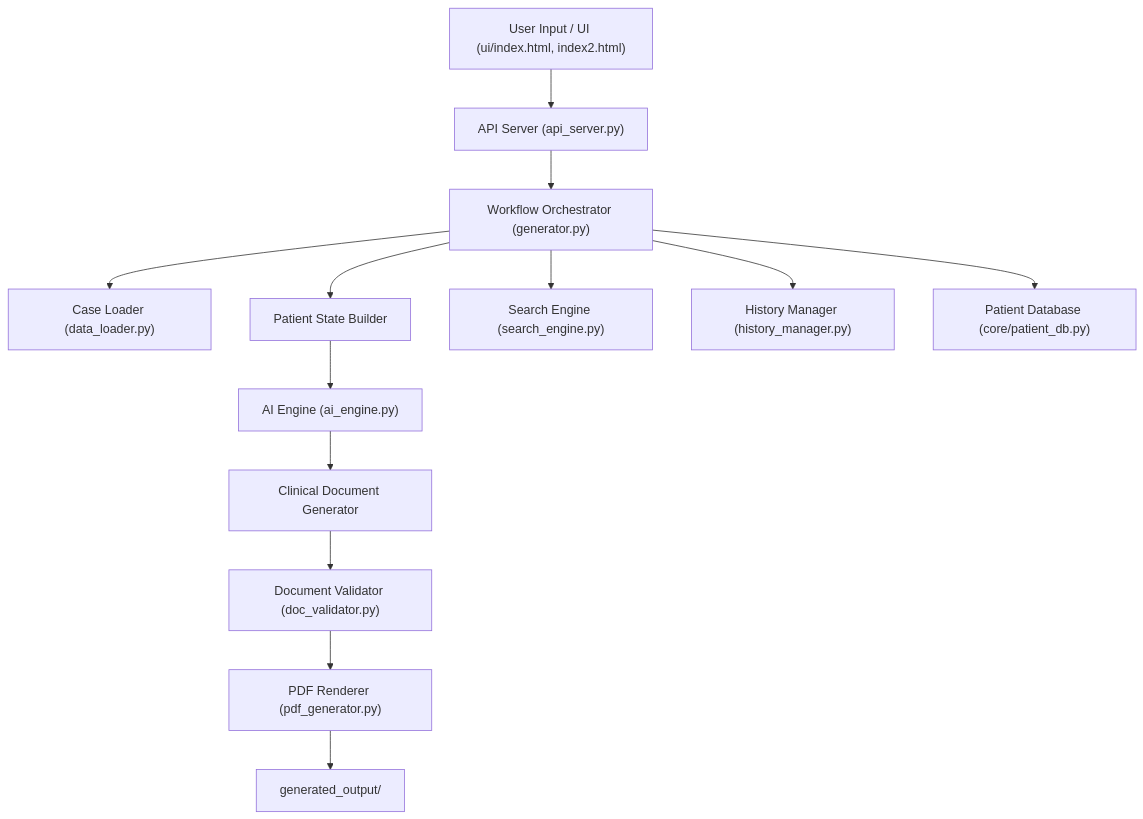
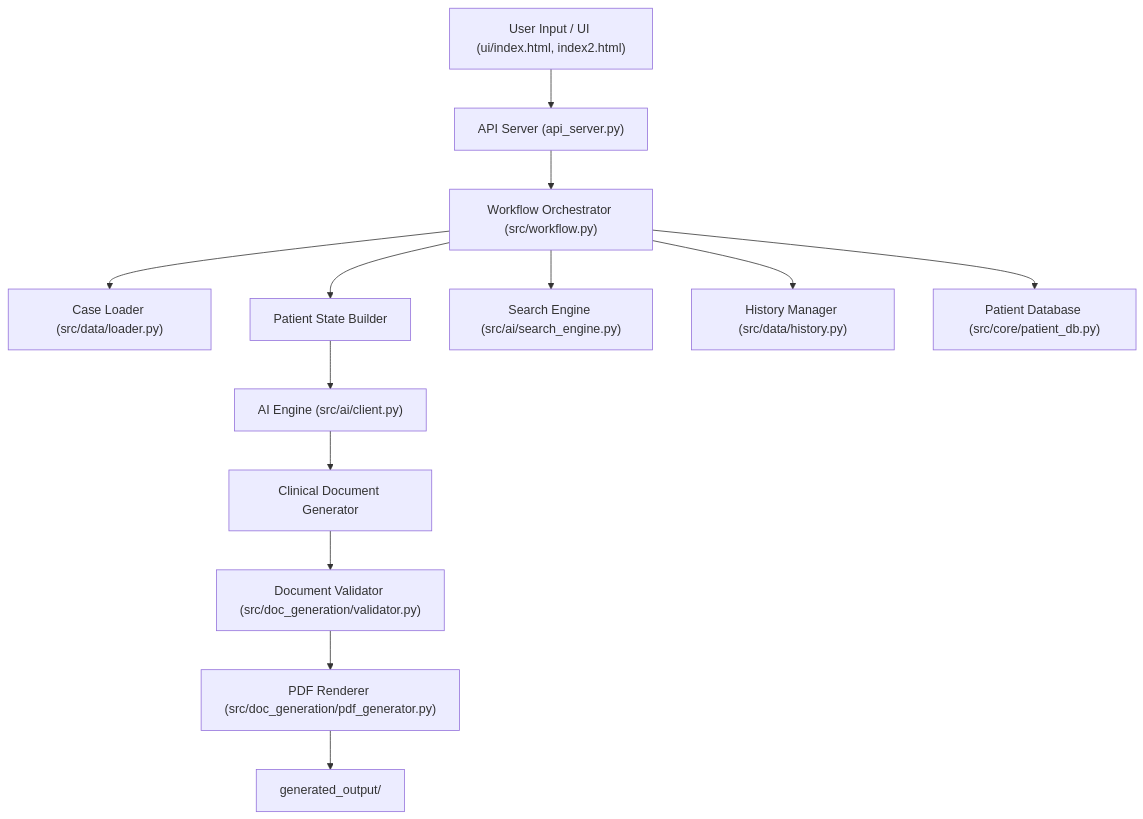
Before and after one commit to akshaykumarar3/pdgenerator: the diagram in ARCHITECTURE.md, drawn with Mermaid. The commit also changed other lines of this file and 45 other files, not shown here.

Commit message:
Implement core application structure, AI models, patient data management, and CLI for document generation.

````diff
--- a/ARCHITECTURE.md
+++ b/ARCHITECTURE.md
@@ -40,15 +40,15 @@
 ```mermaid
 graph TD
     UI["User Input / UI (ui/index.html, index2.html)"] --> API["API Server (api_server.py)"]
-    API --> Generator["Workflow Orchestrator (generator.py)"]
-    Generator --> DataLoader["Case Loader (data_loader.py)"]
+    API --> Generator["Workflow Orchestrator (src/workflow.py)"]
+    Generator --> DataLoader["Case Loader (src/data/loader.py)"]
     Generator --> PatientState["Patient State Builder"]
-    PatientState --> AIEngine["AI Engine (ai_engine.py)"]
+    PatientState --> AIEngine["AI Engine (src/ai/client.py)"]
     AIEngine --> Documents["Clinical Document Generator"]
-    Documents --> Validator["Document Validator (doc_validator.py)"]
-    Validator --> PDFFactory["PDF Renderer (pdf_generator.py)"]
+    Documents --> Validator["Document Validator (src/doc_generation/validator.py)"]
+    Validator --> PDFFactory["PDF Renderer (src/doc_generation/pdf_generator.py)"]
     PDFFactory --> Output["generated_output/"]
-    Generator --> Search["Search Engine (search_engine.py)"]
-    Generator --> History["History Manager (history_manager.py)"]
-    Generator --> DB["Patient Database (core/patient_db.py)"]
+    Generator --> Search["Search Engine (src/ai/search_engine.py)"]
+    Generator --> History["History Manager (src/data/history.py)"]
+    Generator --> DB["Patient Database (src/core/patient_db.py)"]
 ```
````
